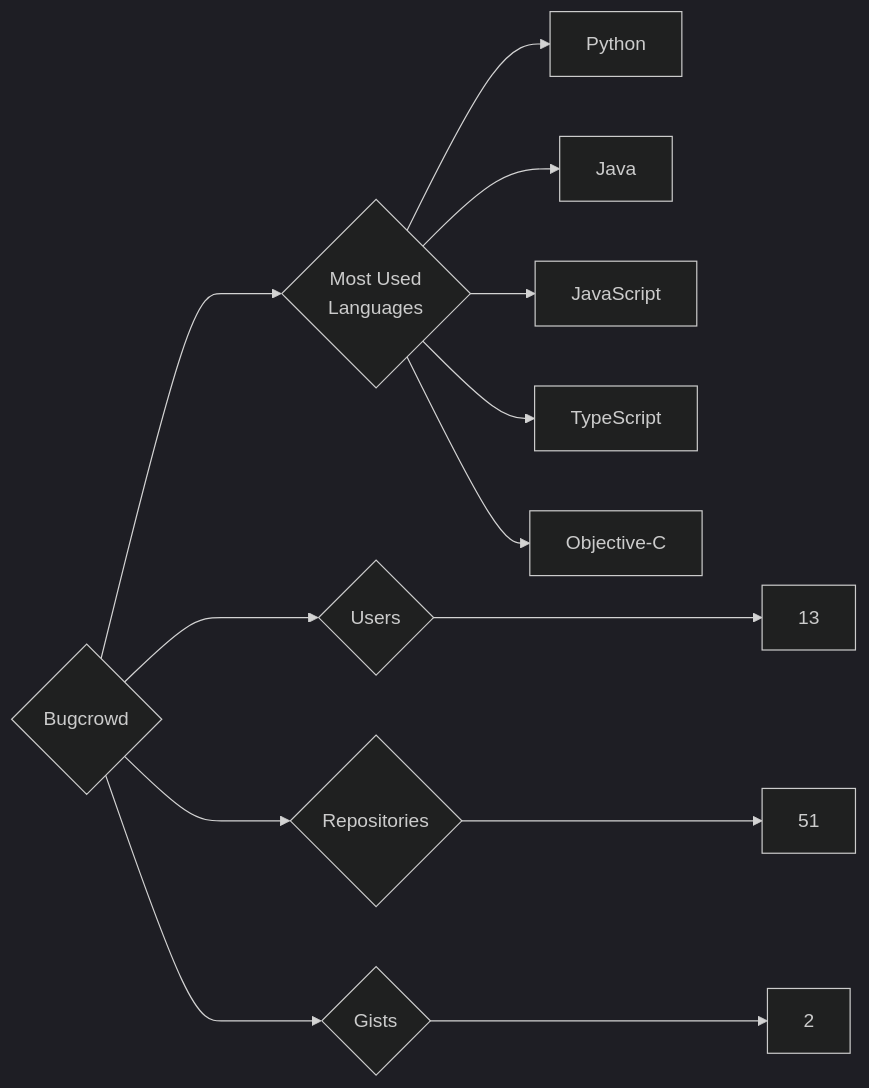
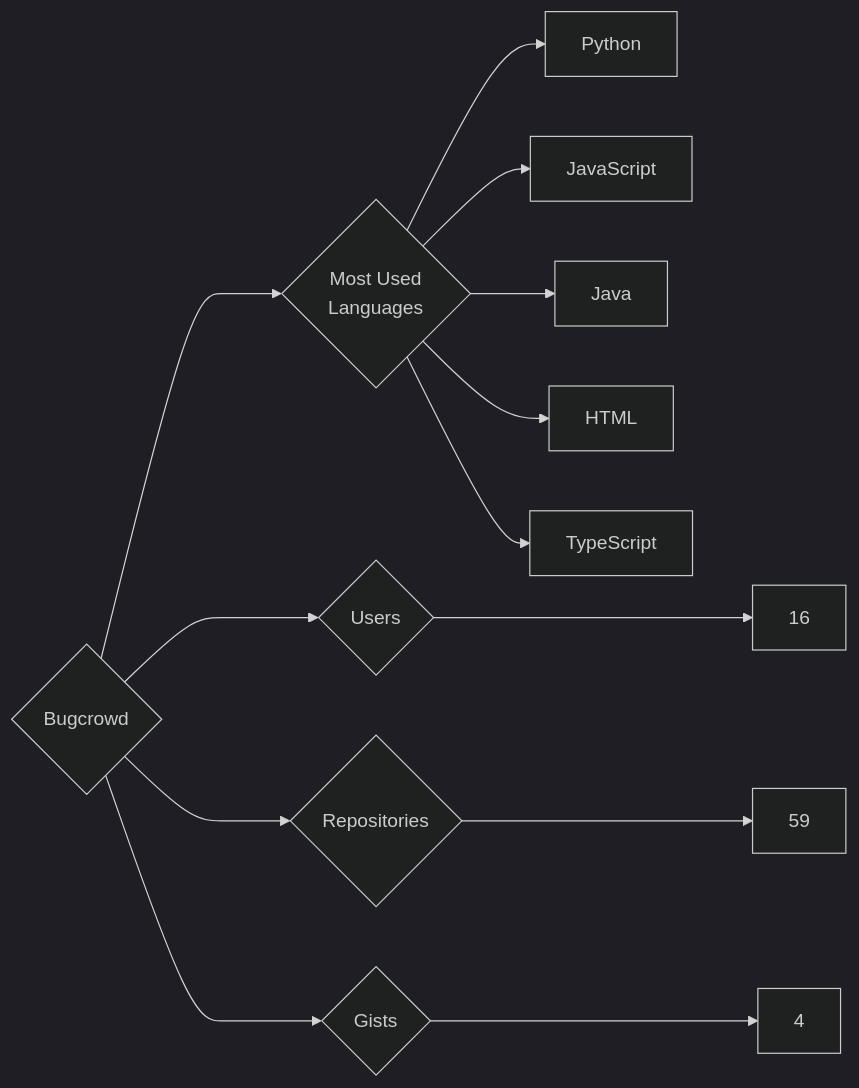
One commit to trickest/insiders changed the diagram in targets/Bugcrowd/README.md. Above: the diagram before and after it, drawn with Mermaid (dark theme). The commit also changed 1055 other files, not shown here.

````diff
--- a/targets/Bugcrowd/README.md
+++ b/targets/Bugcrowd/README.md
@@ -3,13 +3,13 @@
 ```mermaid
 graph LR
 COMPANY_NAME{Bugcrowd}
-COMPANY_NAME ---> U{Users} ---> UN[13]
-COMPANY_NAME ---> R{Repositories} ---> RN[51]
-COMPANY_NAME ---> G{Gists} ---> GN[2]
+COMPANY_NAME ---> U{Users} ---> UN[16]
+COMPANY_NAME ---> R{Repositories} ---> RN[59]
+COMPANY_NAME ---> G{Gists} ---> GN[4]
 COMPANY_NAME ---> ML{Most Used<br>Languages}
 ML --> Python[Python]
+ML --> JavaScript[JavaScript]
 ML --> Java[Java]
-ML --> JavaScript[JavaScript]
+ML --> HTML[HTML]
 ML --> TypeScript[TypeScript]
-ML --> Objective-C[Objective-C]
 ```
````
